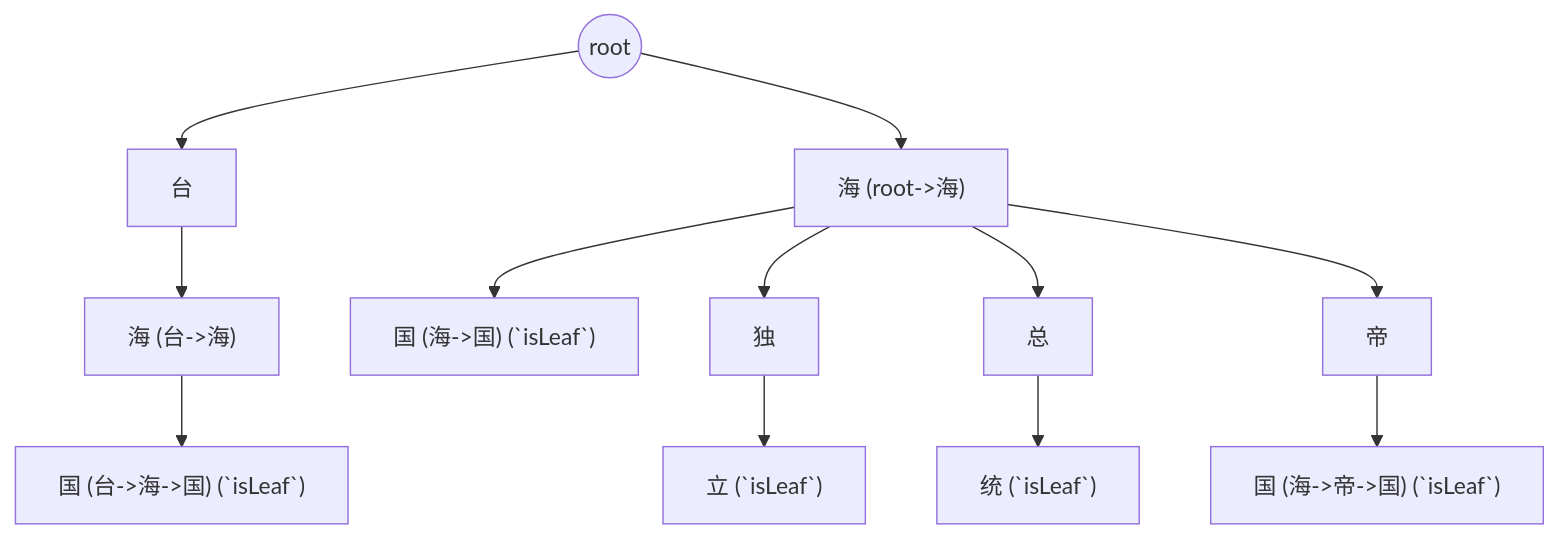
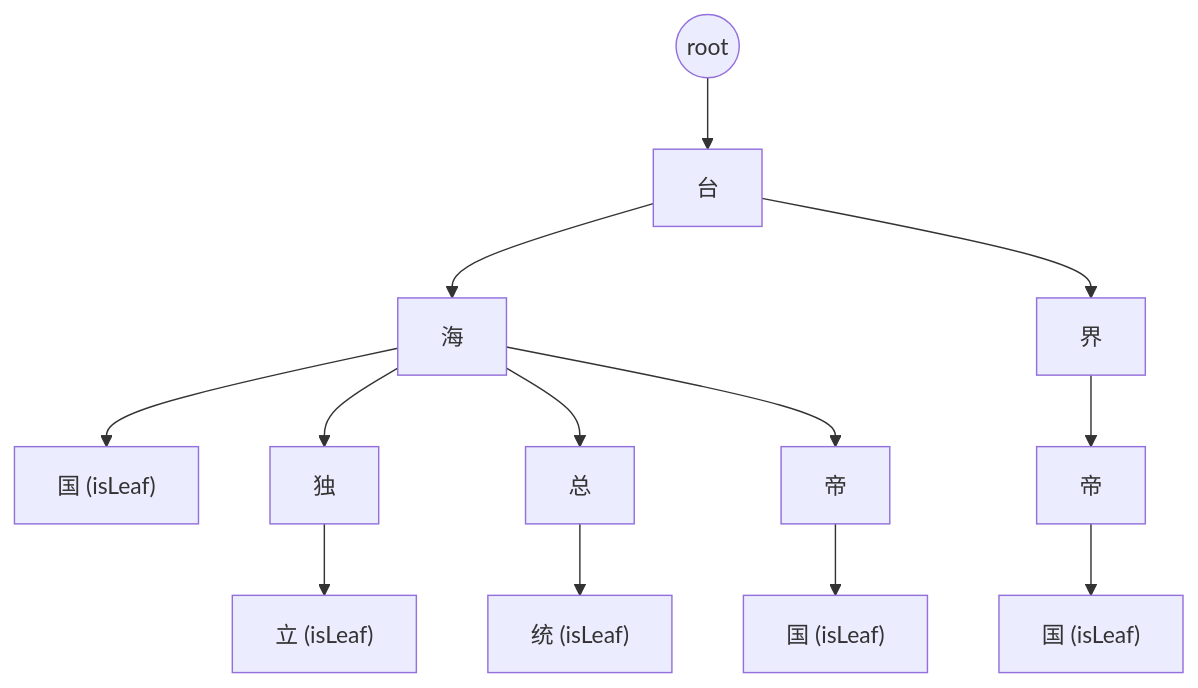
Before and after one commit to zmexing/go-sensitive-word: the second of 2 diagrams in docs/dfa-code.md, drawn with Mermaid. The commit also changed other lines of this file, not shown here.

````diff
--- a/docs/dfa-code.md
+++ b/docs/dfa-code.md
@@ -54,17 +55,18 @@
 ```mermaid
 graph TD
     Root((root))
     Root --> 台["台"]
-    Root --> 海Root["海 (root->海)"]
 
-    台 --> 台海["海 (台->海)"]
-    台海 --> 台海国["国 (台->海->国) (`isLeaf`)"]
+    台 --> 海["海"]
+    海 --> 海国["国 (isLeaf)"]           
+    海 --> 海独["独"]
+    海独 --> 海独立["立 (isLeaf)"]        
+    海 --> 海总["总"]
+    海总 --> 海总统["统 (isLeaf)"]        
+    海 --> 海帝["帝"]
+    海帝 --> 海帝国["国 (isLeaf)"]        
 
-    海Root --> 海国["国 (海->国) (`isLeaf`)"]
-    海Root --> 海独["独"]
-    海独 --> 海独立["立 (`isLeaf`)"]
-    海Root --> 海总["总"]
-    海总 --> 海总统["统 (`isLeaf`)"]
-    海Root --> 海帝["帝"]
-    海帝 --> 海帝国["国 (海->帝->国) (`isLeaf`)"]
+    台 --> 界["界"]
+    界 --> 界帝["帝"]
+    界帝 --> 界帝国["国 (isLeaf)"] 
 ```
````
